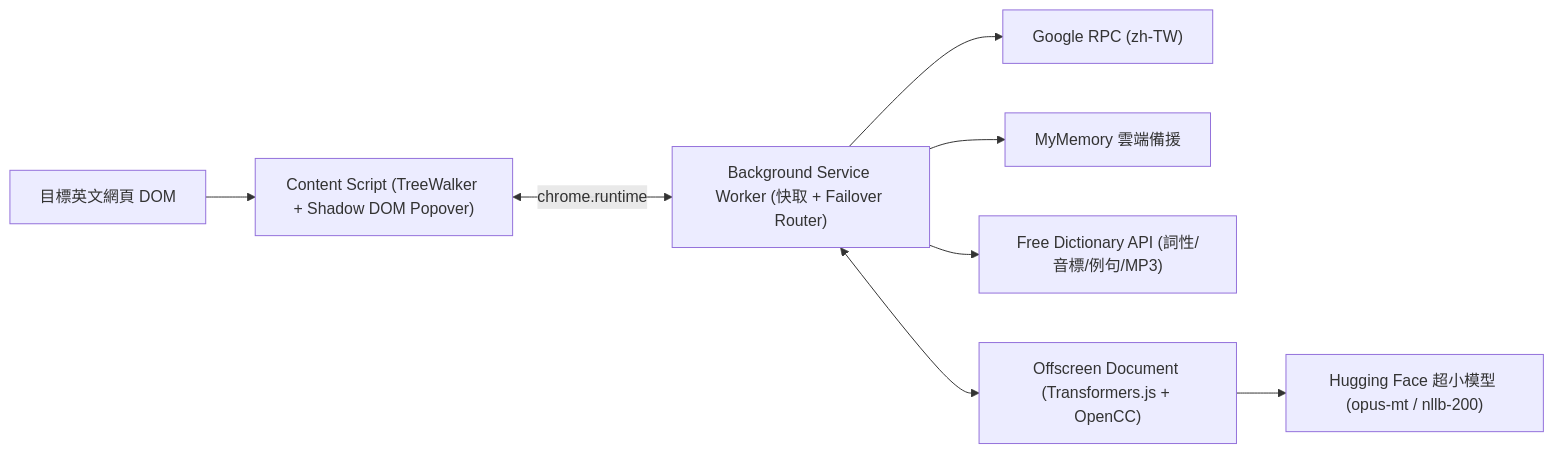
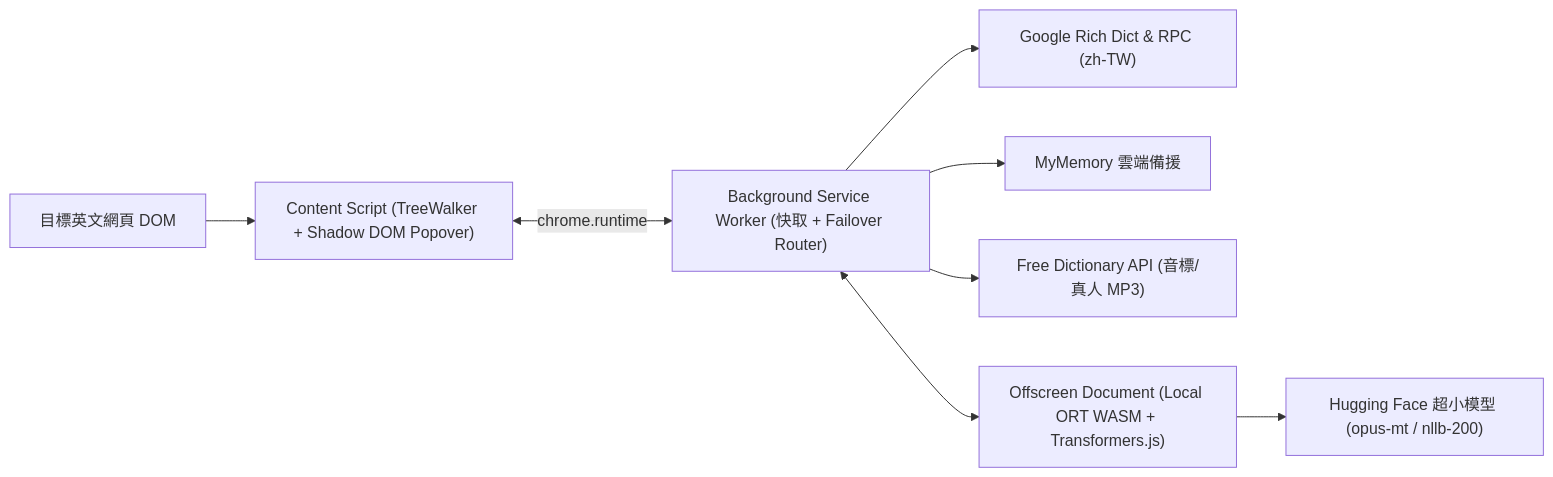
The diagram in README.md (SixMao0122/TransMao), drawn with Mermaid before and after one commit. The commit also changed other lines of this file and 19 other files, not shown here.

Commit message:
refactor: warm paper stationery UI, zero emojis, local ORT WASM fix, fast rich dict lookup

````diff
--- a/README.md
+++ b/README.md
@@ -51,10 +51,10 @@
 ```mermaid
 flowchart LR
     Webpage["目標英文網頁 DOM"] --> Content["Content Script (TreeWalker + Shadow DOM Popover)"]
     Content <-->|"chrome.runtime"| BG["Background Service Worker (快取 + Failover Router)"]
-    BG --> Google["Google RPC (zh-TW)"]
+    BG --> Google["Google Rich Dict & RPC (zh-TW)"]
     BG --> MyMemory["MyMemory 雲端備援"]
-    BG --> Dict["Free Dictionary API (詞性/音標/例句/MP3)"]
-    BG <--> Offscreen["Offscreen Document (Transformers.js + OpenCC)"]
+    BG --> Dict["Free Dictionary API (音標/真人 MP3)"]
+    BG <--> Offscreen["Offscreen Document (Local ORT WASM + Transformers.js)"]
     Offscreen --> HF["Hugging Face 超小模型 (opus-mt / nllb-200)"]
 ```
````
